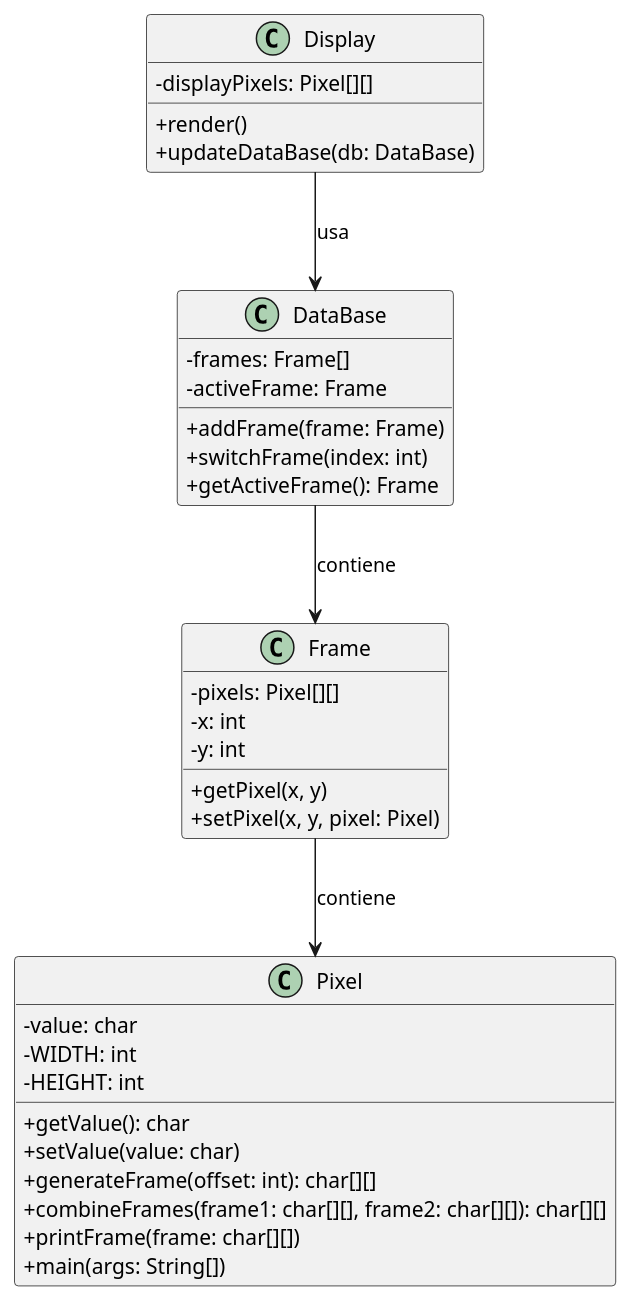
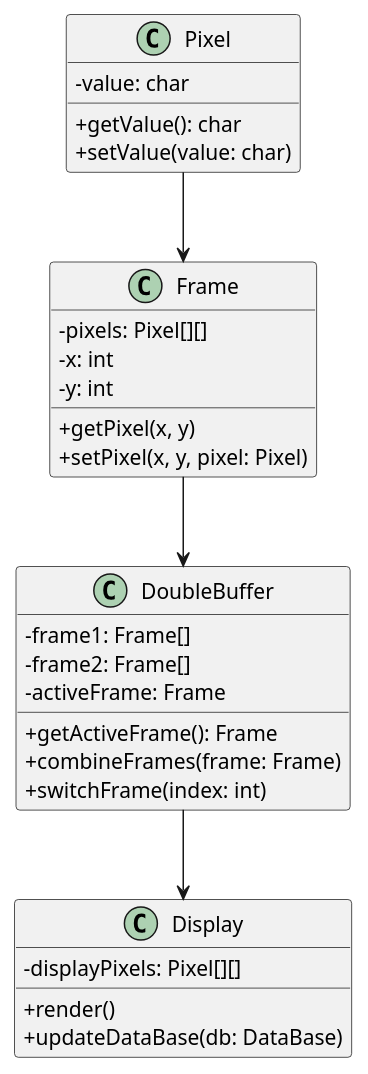
One commit to mmasias/24-25-EDA2 changed the diagram in entregas/rodriguezJavier/Reto-001/diagrama.puml. Above: the diagram before and after it, drawn with PlantUML. The commit also changed 5 other files, not shown here.

Commit message:
Reto-001 primer cambio, método main en Display

```diff
--- a/entregas/rodriguezJavier/Reto-001/diagrama.puml
+++ b/entregas/rodriguezJavier/Reto-001/diagrama.puml
@@ -1,42 +1,37 @@
 @startuml
 skinparam classAttributeIconSize 0
 
 class Pixel {
     - value: char
-    - WIDTH: int
-    - HEIGHT: int
     + getValue(): char
     + setValue(value: char)
-    + generateFrame(offset: int): char[][]
-    + combineFrames(frame1: char[][], frame2: char[][]): char[][]
-    + printFrame(frame: char[][])
-    + main(args: String[])
 }
 
 class Frame {
     - pixels: Pixel[][]
     - x: int
     - y: int
     + getPixel(x, y)
     + setPixel(x, y, pixel: Pixel)
 }
 
-class DataBase {
-    - frames: Frame[]
+class DoubleBuffer {
+    - frame1: Frame[]
+    - frame2: Frame[]
     - activeFrame: Frame
-    + addFrame(frame: Frame)
+    + getActiveFrame(): Frame
+    + combineFrames(frame: Frame)
     + switchFrame(index: int)
-    + getActiveFrame(): Frame
 }
 
 class Display {
     - displayPixels: Pixel[][]
     + render()
     + updateDataBase(db: DataBase)
 }
 
-Display --> DataBase : usa
-DataBase --> Frame : contiene
-Frame --> Pixel : contiene
+Pixel --> Frame
+Frame --> DoubleBuffer
+DoubleBuffer --> Display
 
 @enduml
```
